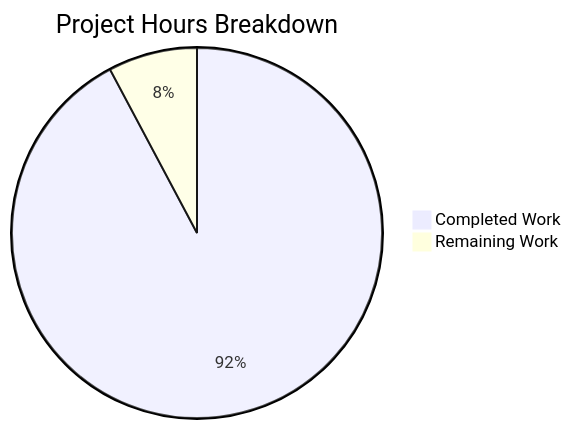
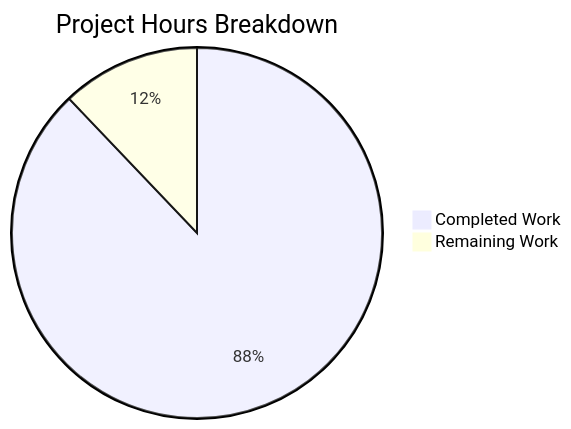
The second of 2 diagrams in blitzy/documentation/Project Guide.md (gophc/blitzy-c-compiler), drawn with Mermaid before and after one commit. The commit also changed other lines of this file, not shown here.

Commit message:
Adding Blitzy Project Guide: Project Status and Human Tasks Remaining

````diff
--- a/blitzy/documentation/Project Guide.md
+++ b/blitzy/documentation/Project Guide.md
@@ -238,5 +251,5 @@
 ```mermaid
 pie title Project Hours Breakdown
-    "Completed Work" : 664
-    "Remaining Work" : 56
+    "Completed Work" : 624
+    "Remaining Work" : 86
 ```
````
